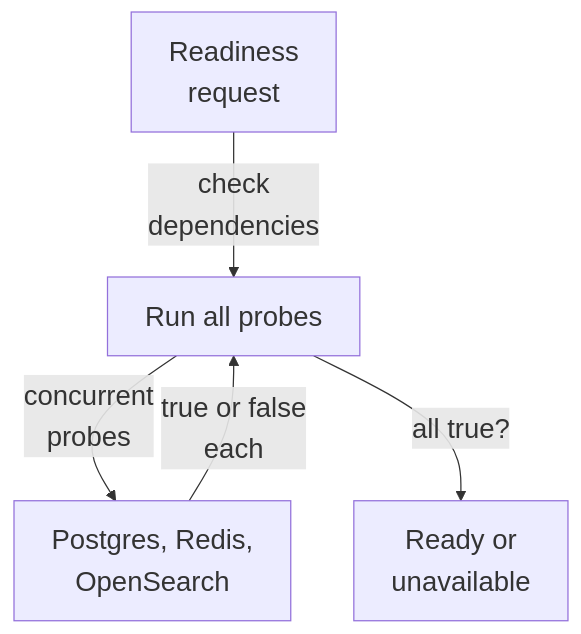
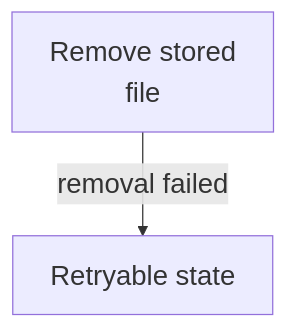
One commit to Justin-Mendoza/Afterclass changed the fourth of 6 diagrams in maps/foundation/README.md. Above: the diagram before and after it, drawn with Mermaid. The commit also changed other lines of this file and 85 other files, not shown here.

````diff
--- a/maps/foundation/README.md
+++ b/maps/foundation/README.md
@@ -92,12 +135,7 @@
 ```mermaid
 %%{init: {"themeVariables": {"fontSize": "22px"}}}%%
 flowchart TD
-  n0["Readiness<br/>request"]
-  n1["Run all probes"]
-  n2["Postgres, Redis,<br/>OpenSearch"]
-  n3["Ready or<br/>unavailable"]
-  n0 -->|"check<br/>dependencies"| n1
-  n1 -->|"concurrent<br/>probes"| n2
-  n2 -->|"true or false<br/>each"| n1
-  n1 -->|"all true?"| n3
+  n0["Remove stored<br/>file"]
+  n1["Retryable state"]
+  n0 -->|"removal failed"| n1
 ```
````
